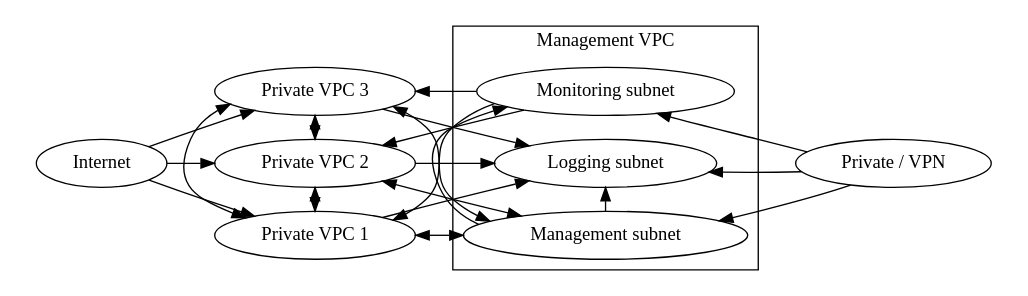
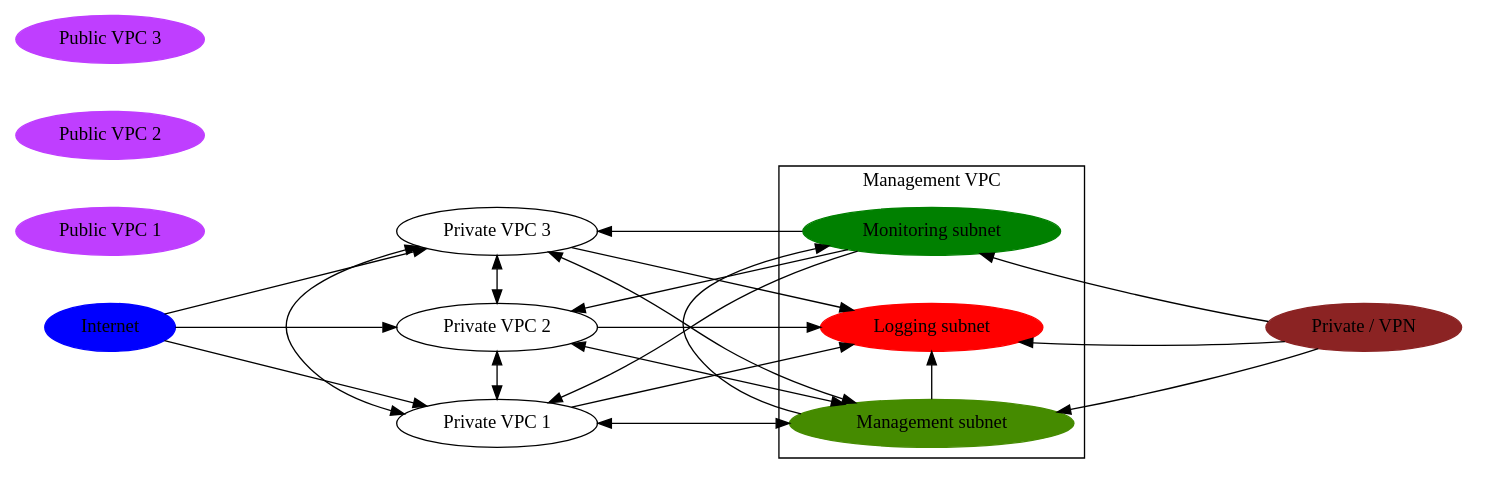
One commit to jpancoast/cloudsetup changed the diagram in docs/test.dot. Above: the diagram before and after it, drawn with Graphviz.

Commit message:
basic layout now complete. Now just need to get colors inthere and stuff

```diff
--- a/docs/test.dot
+++ b/docs/test.dot
@@ -1,81 +1,97 @@
 digraph G {
     rankdir=LR
+    
+    Internet [ color = blue, style = filled ]
+    "Monitoring subnet" [ color = green, style = filled ]
+    "Logging subnet" [ color = red, style = filled ]
+    "Management subnet" [ color = "chartreuse4", style = filled ]
+
+    "Public VPC 1" [ color = "darkorchid1", style = filled ]
+    "Public VPC 2" [ color = "darkorchid1", style = filled ]
+    "Public VPC 3" [ color = "darkorchid1", style = filled ]
+
+    "Private / VPN" [ color = "brown4", style = filled ]
+
+
+    ranksep = 2.0
+    nodesep = .5
+
 
     subgraph cluster1 
     {
         style="invis"
         Internet;
     }
 
     subgraph cluster2 
     {
         style="invis"
-        
+
         "Private VPC 1";
         "Private VPC 2";
         "Private VPC 3";
 
         {
             rank="same"
             "Private VPC 1";"Private VPC 2";"Private VPC 3";
         }
     }
 
     subgraph cluster3
     {
         label="Management VPC"
         "Logging subnet";
         "Monitoring subnet";
         "Management subnet";
 
         {
             rank="same";
             "Logging subnet";
             "Monitoring subnet";
             "Management subnet";
         }
     }
 
     subgraph cluster4
     {
         style="invis"
         "Private / VPN"
 
         {
             rank="max";
             "Private / VPN";
         }
     }
 
 
     Internet -> "Private VPC 1" [constraint=false];
     Internet -> "Private VPC 2";
     Internet -> "Private VPC 3"[constraint=false];
 
     "Private VPC 1" -> "Private VPC 2"[dir="both"];
     "Private VPC 1" -> "Private VPC 3"[dir="both"];
     "Private VPC 2" -> "Private VPC 3"[dir="both"];
 
     "Private VPC 1" -> "Logging subnet";
     "Private VPC 2" -> "Logging subnet";
     "Private VPC 3" -> "Logging subnet";
 
     "Monitoring subnet" -> "Private VPC 1"[constraint=false];
     "Monitoring subnet" -> "Private VPC 2";
     "Monitoring subnet" -> "Private VPC 3";
 
     "Management subnet" -> "Private VPC 1"[dir="both" constraint=false];
     "Management subnet" -> "Private VPC 2"[dir="both" constraint=false];
     "Management subnet" -> "Private VPC 3"[dir="both" constraint=false];
 
     "Management subnet" -> "Logging subnet";
     "Management subnet" -> "Monitoring subnet";
 
     "Management subnet" -> "Private / VPN" [style="invis"]
     "Monitoring subnet" -> "Private / VPN" [style="invis"]
     "Logging subnet" -> "Private / VPN" [style="invis"]
 
     "Private / VPN" -> "Management subnet"[constraint=false];
     "Private / VPN" -> "Monitoring subnet"[constraint=false];
     "Private / VPN" -> "Logging subnet";
 }
```
